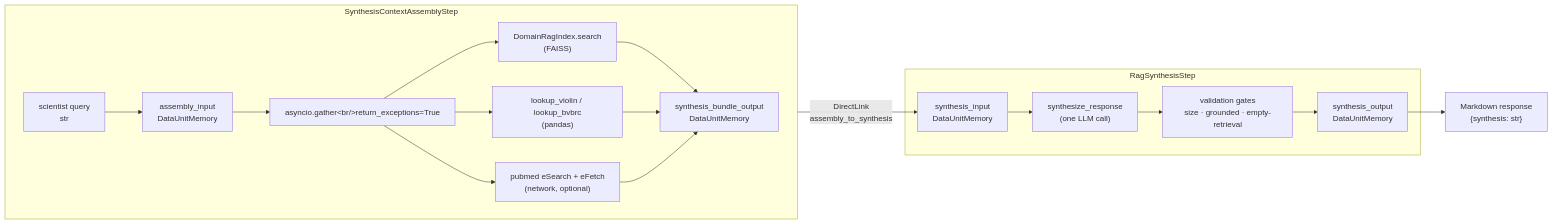
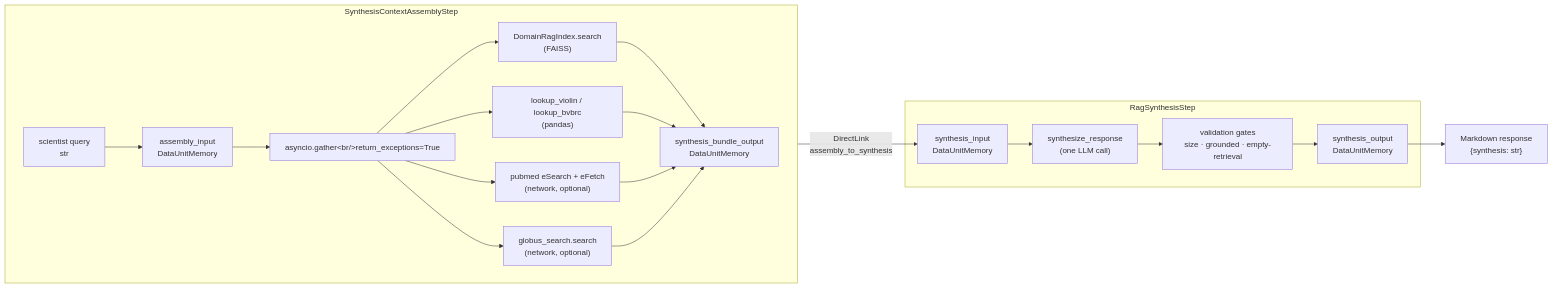
The second of 8 diagrams in docs/architecture.md (AlexandrNP/apecx-mcp-integration), drawn with Mermaid before and after one commit. The commit also changed other lines of this file and 14 other files, not shown here.

````diff
--- a/docs/architecture.md
+++ b/docs/architecture.md
@@ -102,27 +106,29 @@
 ```mermaid
 flowchart LR
     Q["scientist query<br/>str"]
 
     subgraph Assembly["SynthesisContextAssemblyStep"]
         direction LR
         Q --> AS["assembly_input<br/>DataUnitMemory"]
         AS --> Gather["asyncio.gather&lt;br/&gt;return_exceptions=True"]
         Gather --> RAG["DomainRagIndex.search<br/>(FAISS)"]
         Gather --> VBL["lookup_violin / lookup_bvbrc<br/>(pandas)"]
         Gather --> PUB["pubmed eSearch + eFetch<br/>(network, optional)"]
+        Gather --> GS["globus_search.search<br/>(network, optional)"]
         RAG --> Bundle
         VBL --> Bundle
         PUB --> Bundle
+        GS --> Bundle
         Bundle["synthesis_bundle_output<br/>DataUnitMemory"]
     end
 
     Bundle -- "DirectLink<br/>assembly_to_synthesis" --> SI["synthesis_input<br/>DataUnitMemory"]
 
     subgraph Synthesis["RagSynthesisStep"]
         SI --> LLM["synthesize_response<br/>(one LLM call)"]
         LLM --> Gates["validation gates<br/>size · grounded · empty-retrieval"]
         Gates --> SO["synthesis_output<br/>DataUnitMemory"]
     end
 
     SO --> Out["Markdown response<br/>{synthesis: str}"]
 ```
````
